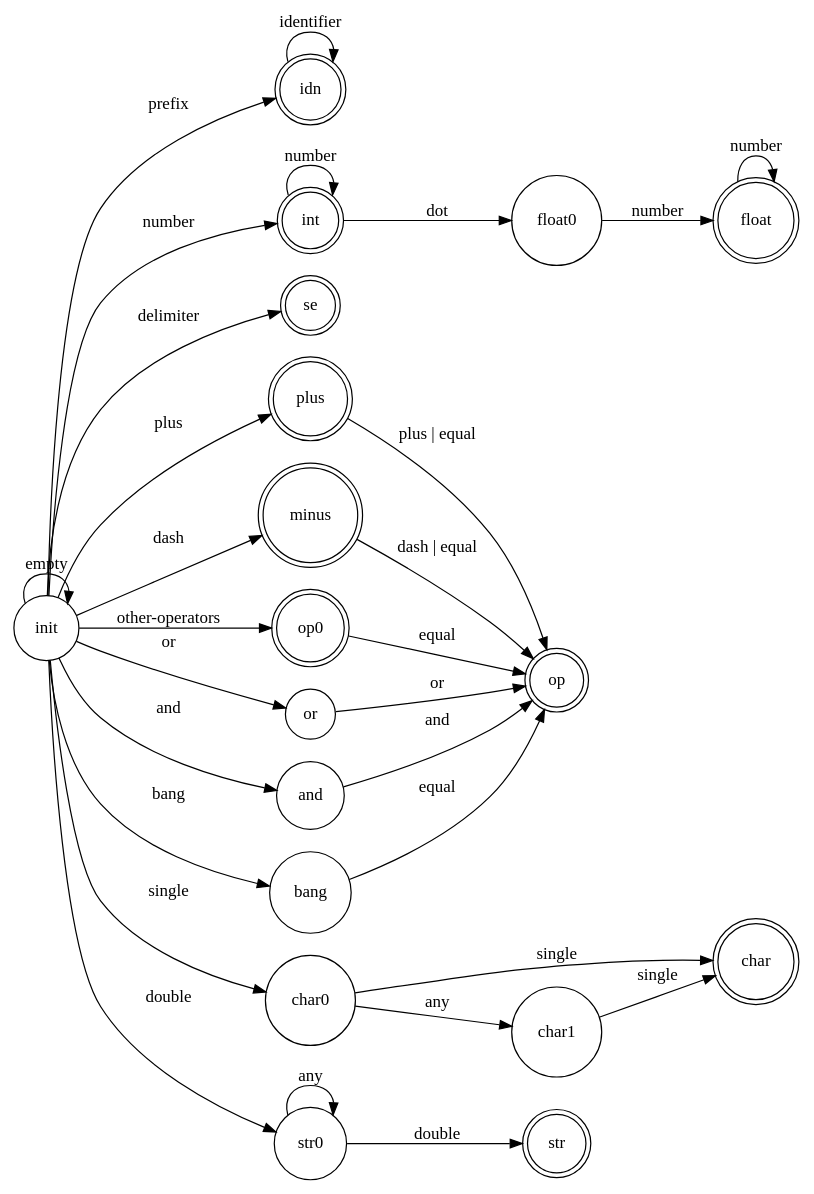
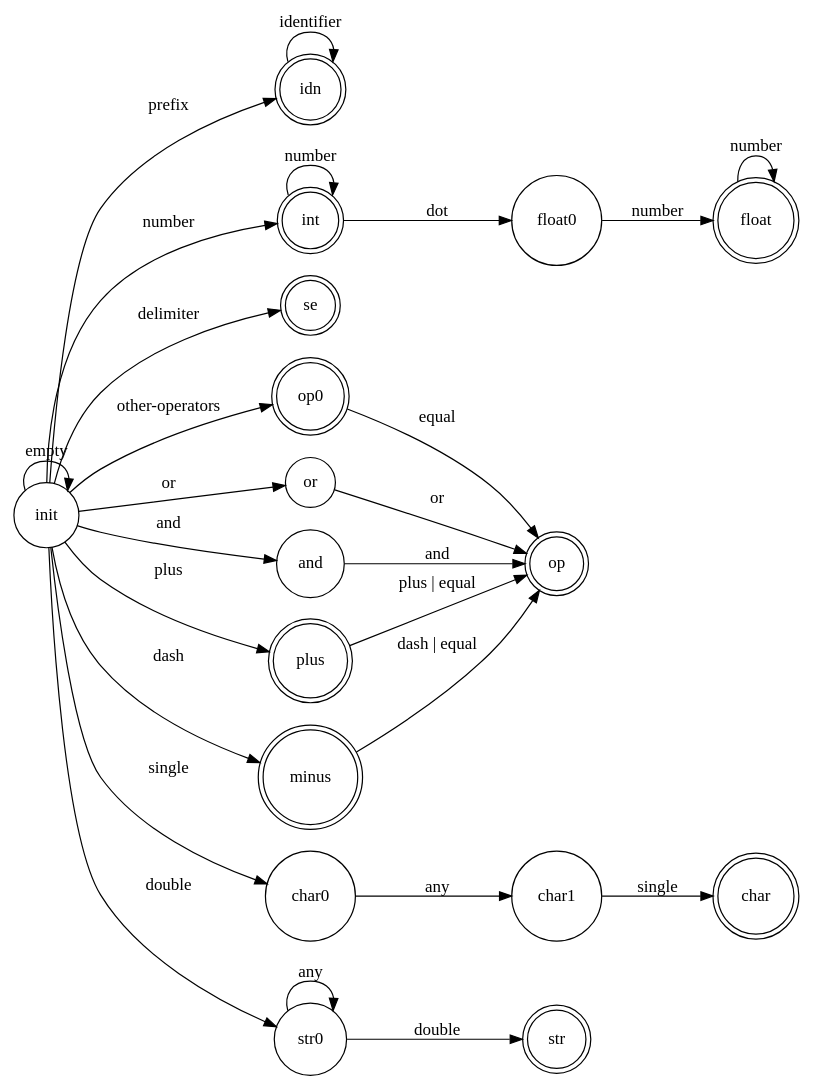
Before and after one commit to TranceDream/cmm-compiler: the diagram in fsm.dot, drawn with Graphviz. The commit also changed 10 other files, not shown here.

```diff
--- a/fsm.dot
+++ b/fsm.dot
@@ -1,54 +1,40 @@
 digraph {
     rankdir = LR
     node [shape = doublecircle]
     idn, int, float, char, str, se, plus, minus, op0, op
     node [shape = circle]
     init -> init [label = "empty"]
     init -> idn [label = "prefix"]
     idn -> idn [label = "identifier"]
 
     init -> int [label = "number"]
     int -> int [label = "number"]
     int -> float0 [label = "dot"]
     float0 -> float [label = "number"] 
     float -> float [label = "number"]
 
     init -> char0 [label = "single"]
     char0 -> char1 [label = "any"]
     char1 -> char [label = "single"]
-    char0 -> char [label = "single"]
 
     init -> str0 [label = "double"]
     str0 -> str0 [label = "any"]
     str0 -> str [label = "double"]
 
     init -> se [label = "delimiter"]
 
     init -> plus [label = "plus"]
     plus -> op [label = "plus | equal"]
 
     init -> minus [label = "dash"]
     minus -> op [label = "dash | equal"]
 
     init -> or [label = "or"]
     or -> op [label = "or"]
 
     init -> and [label = "and"]
     and -> op [label = "and"]
 
-    init -> bang [label = "bang"]
-    bang -> op [label = "equal"]
-
     init -> op0 [label = "other-operators"]
     op0 -> op [label = "equal"]
-
-    // init -> plus [label = "plus"]
-    // plus -> inc [label = "plus"]
-    // init -> dash [label = "dash"]
-    // dash -> dec [label = "dash"]
-    // init -> or [label = "or"]
-    // or -> lor [label = "or"]
-    // init -> and [label = "and"]
-    // and -> land [label = "and"]
-
 }
```
